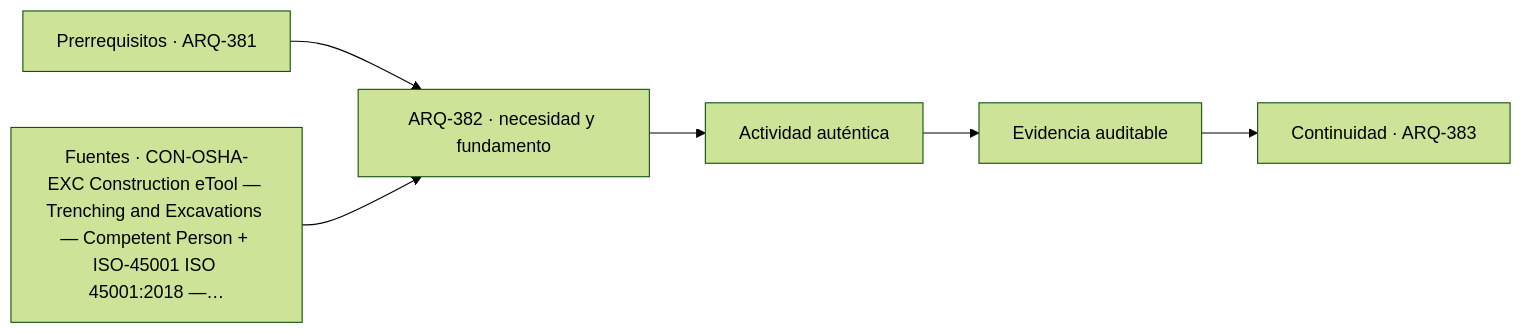
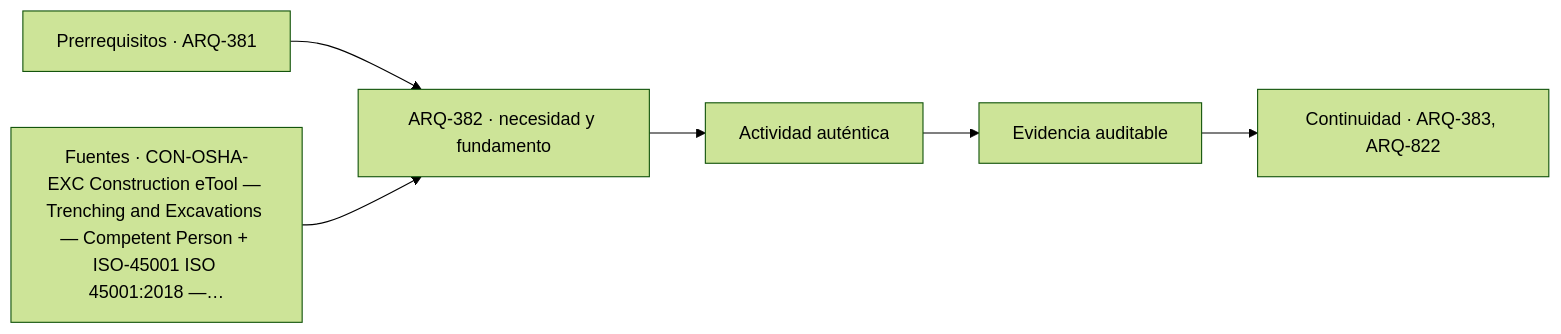
The diagram in classes/parte-39/ARQ-382.md (vladimiracunadev-create/architecture-built-environment-learning-program), drawn with Mermaid (forest theme) before and after one commit. The commit also changed other lines of this file and 234 other files, not shown here.

````diff
--- a/classes/parte-39/ARQ-382.md
+++ b/classes/parte-39/ARQ-382.md
@@ -113,8 +113,8 @@
 ```mermaid
 flowchart LR
     A["Prerrequisitos · ARQ-381"] --> B["ARQ-382 · necesidad y fundamento"]
     S["Fuentes · CON-OSHA-EXC Construction eTool — Trenching and Excavations — Competent Person + ISO-45001 ISO 45001:2018 —…"] --> B
     B --> C["Actividad auténtica"]
     C --> D["Evidencia auditable"]
-    D --> E["Continuidad · ARQ-383"]
+    D --> E["Continuidad · ARQ-383, ARQ-822"]
 ```
````
